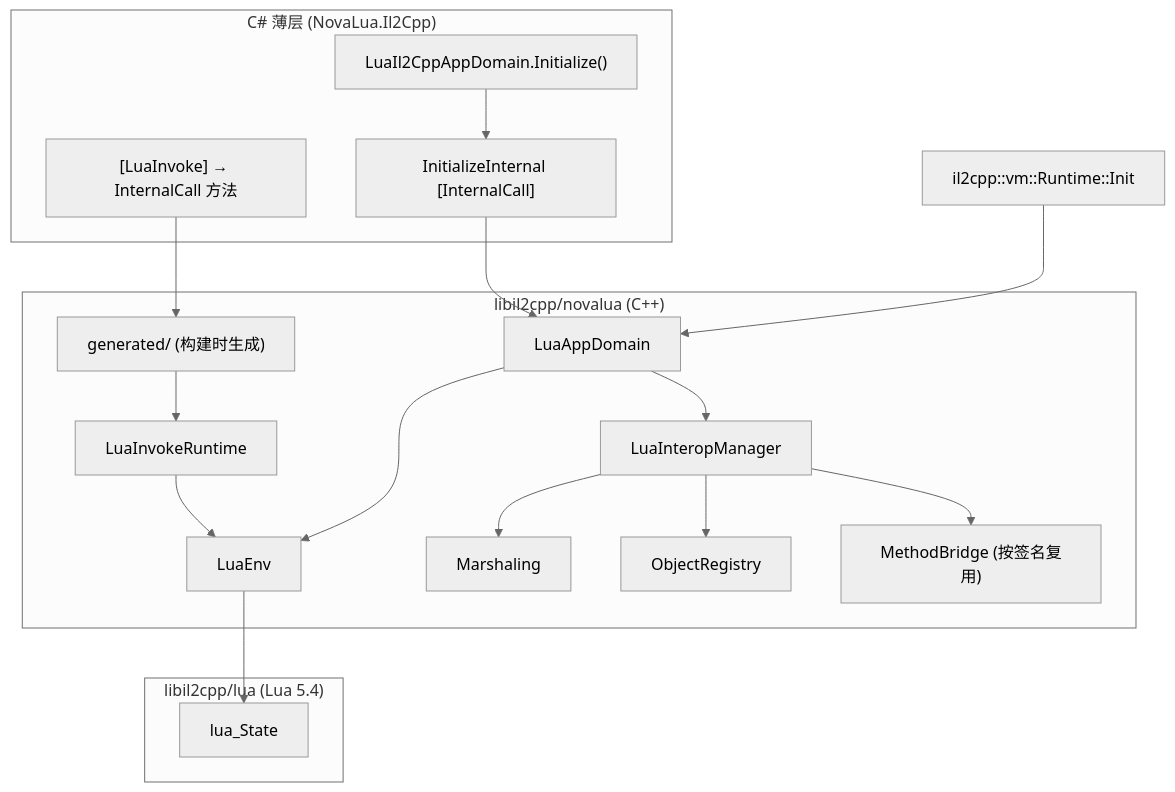
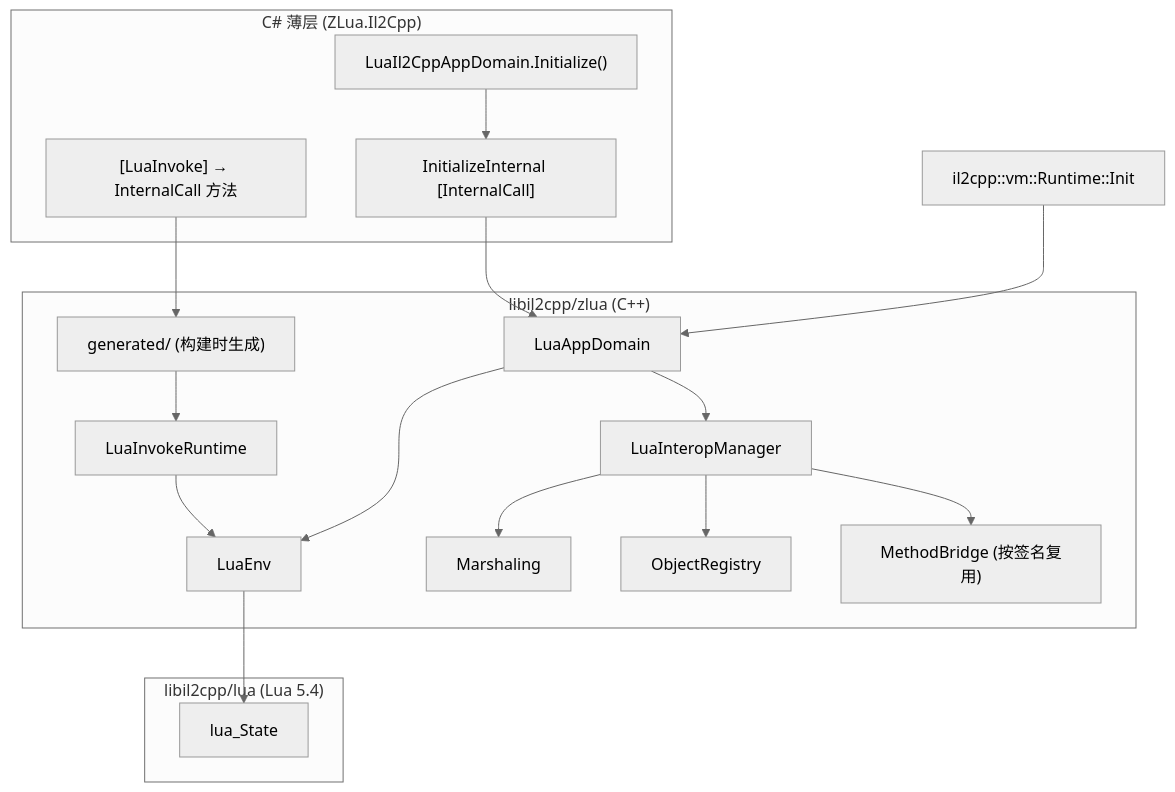
The diagram in Docs/IL2CPP_DESIGN_SPEC.md (focus-creative-games/zlua), drawn with Mermaid (neutral theme) before and after one commit. The commit also changed other lines of this file and 1057 other files, not shown here.

Commit message:
rename NovaLua to ZLua

````diff
--- a/Docs/IL2CPP_DESIGN_SPEC.md
+++ b/Docs/IL2CPP_DESIGN_SPEC.md
@@ -9,35 +9,35 @@
 ```mermaid
 flowchart TB
-    subgraph CSharp["C# 薄层 (NovaLua.Il2Cpp)"]
+    subgraph CSharp["C# 薄层 (ZLua.Il2Cpp)"]
         LAD["LuaIl2CppAppDomain.Initialize()"]
         IC["InitializeInternal [InternalCall]"]
         LI["[LuaInvoke] → InternalCall 方法"]
     end
 
-    subgraph Native["libil2cpp/novalua (C++)"]
+    subgraph Native["libil2cpp/zlua (C++)"]
         Entry["LuaAppDomain"]
         Env["LuaEnv"]
         Interop["LuaInteropManager"]
         Invoke["LuaInvokeRuntime"]
         Marsh["Marshaling"]
         ObjReg["ObjectRegistry"]
         Bridge["MethodBridge (按签名复用)"]
         Gen["generated/ (构建时生成)"]
     end
 
     subgraph Lua["libil2cpp/lua (Lua 5.4)"]
         LS["lua_State"]
     end
 
     RuntimeInit["il2cpp::vm::Runtime::Init"] --> Entry
     LAD --> IC --> Entry
     Entry --> Env
     Env --> LS
     Entry --> Interop
     LI --> Gen
     Gen --> Invoke
     Invoke --> Env
     Interop --> Bridge
     Interop --> Marsh
     Interop --> ObjReg
 ```
````
